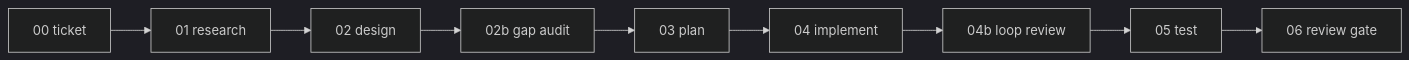
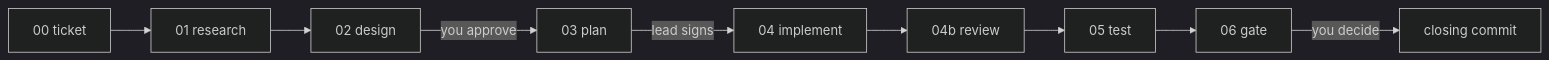
One commit to TmsNine/tms-pipeline changed the diagram in README.md. Above: the diagram before and after it, drawn with Mermaid (dark theme). The commit also changed other lines of this file and 38 other files, not shown here.

````diff
--- a/README.md
+++ b/README.md
@@ -124,5 +125,7 @@
 ```mermaid
 flowchart LR
-  T["00 ticket"] --> R["01 research"] --> D["02 design"] --> G["02b gap audit"]
-  G --> P["03 plan"] --> I["04 implement"] --> L["04b loop review"] --> TE["05 test"] --> RG["06 review gate"]
+  T["00 ticket"] --> R["01 research"] --> D["02 design"]
+  D -->|"you approve"| P["03 plan"]
+  P -->|"lead signs"| I["04 implement"] --> L["04b review"] --> TE["05 test"] --> G["06 gate"]
+  G -->|"you decide"| Done["closing commit"]
 ```
````
